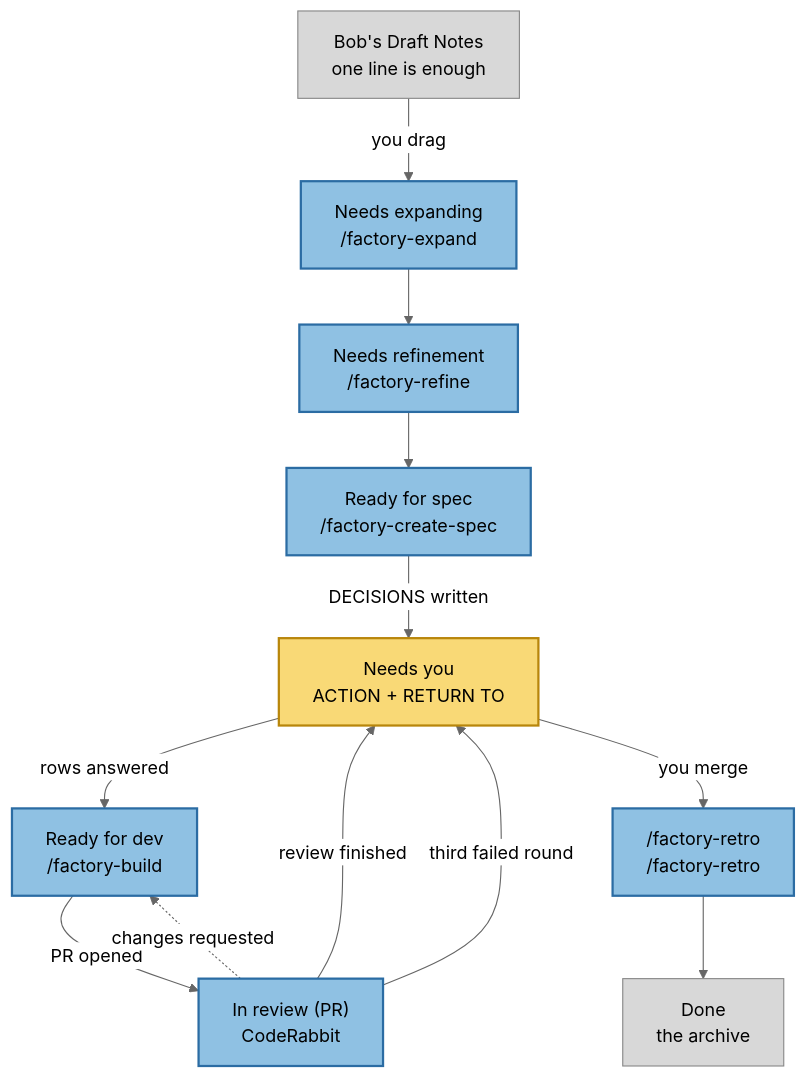
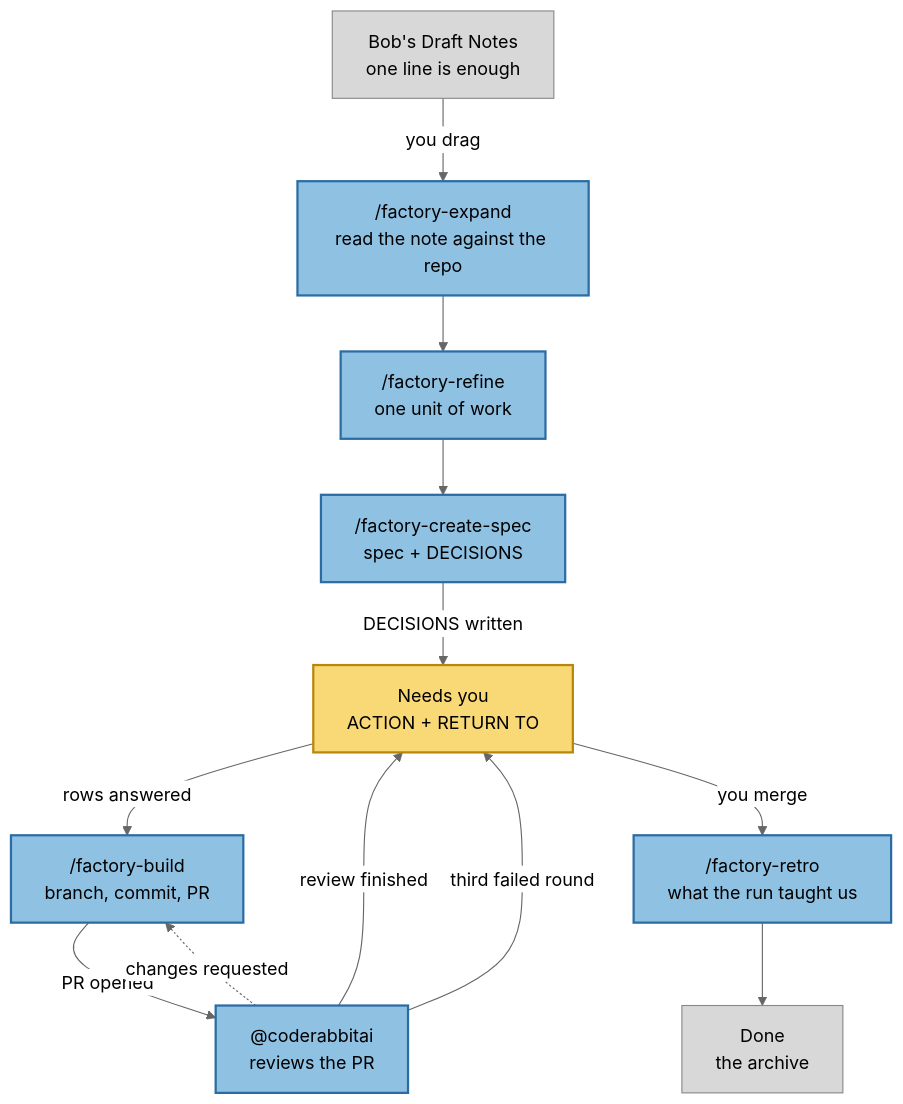
Before and after one commit to BobDempsey/software-factory: the diagram in docs/architecture.md, drawn with Mermaid (neutral theme). The commit also changed other lines of this file and 10 other files, not shown here.

````diff
--- a/docs/architecture.md
+++ b/docs/architecture.md
@@ -12,33 +12,33 @@
 ```mermaid
 flowchart TD
     classDef you fill:#f9d976,stroke:#b8860b,stroke-width:2px,color:#000
     classDef agent fill:#8fc1e3,stroke:#2b6ca3,stroke-width:2px,color:#000
     classDef quiet fill:#d8d8d8,stroke:#888,stroke-width:1px,color:#000
 
     DRAFT["Bob's Draft Notes<br/>one line is enough"]
-    EXPAND["Needs expanding<br/>/factory-expand"]
-    REFINE["Needs refinement<br/>/factory-refine"]
-    SPEC["Ready for spec<br/>/factory-create-spec"]
-    DEV["Ready for dev<br/>/factory-build"]
-    REVIEW["In review (PR)<br/>CodeRabbit"]
-    RETRO["/factory-retro<br/>/factory-retro"]
+    EXPAND["/factory-expand<br/>read the note against the repo"]
+    REFINE["/factory-refine<br/>one unit of work"]
+    SPEC["/factory-create-spec<br/>spec + DECISIONS"]
+    DEV["/factory-build<br/>branch, commit, PR"]
+    REVIEW["@coderabbitai<br/>reviews the PR"]
+    RETRO["/factory-retro<br/>what the run taught us"]
     YOU["Needs you<br/>ACTION + RETURN TO"]
     DONE["Done<br/>the archive"]
 
     DRAFT -->|you drag| EXPAND
     EXPAND --> REFINE
     REFINE --> SPEC
     SPEC -->|DECISIONS written| YOU
     YOU -->|rows answered| DEV
     DEV -->|PR opened| REVIEW
     REVIEW -.->|changes requested| DEV
     REVIEW -->|review finished| YOU
     REVIEW -->|third failed round| YOU
     YOU -->|you merge| RETRO
     RETRO --> DONE
 
     class DRAFT quiet
     class YOU you
     class EXPAND,REFINE,SPEC,DEV,REVIEW,RETRO agent
     class DONE quiet
 ```
````
